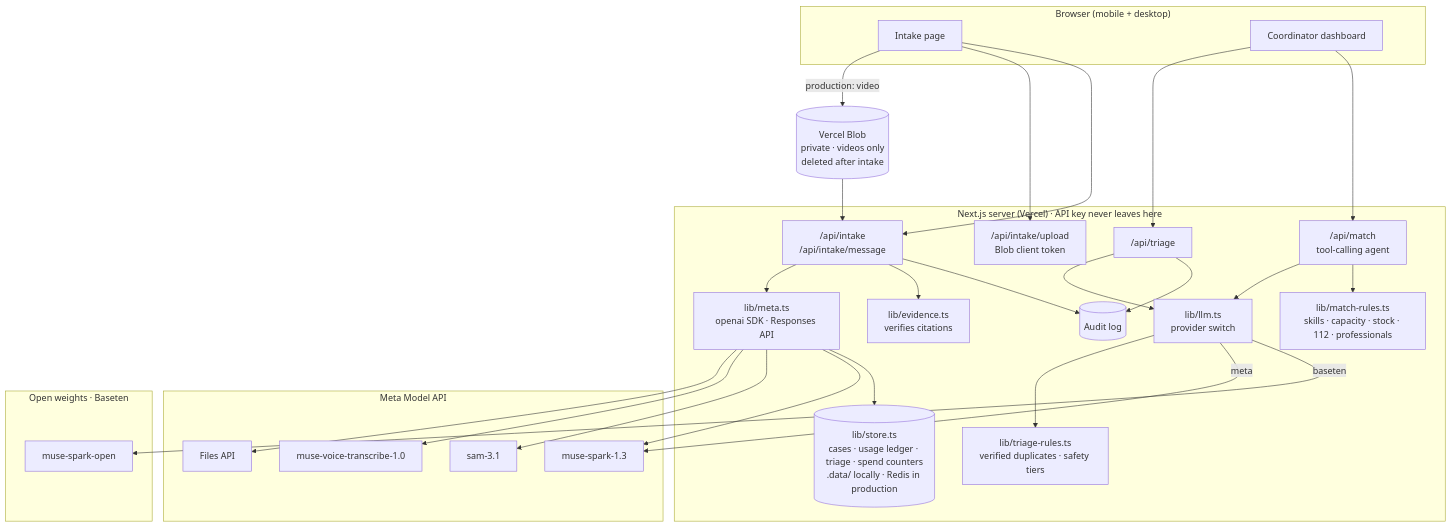
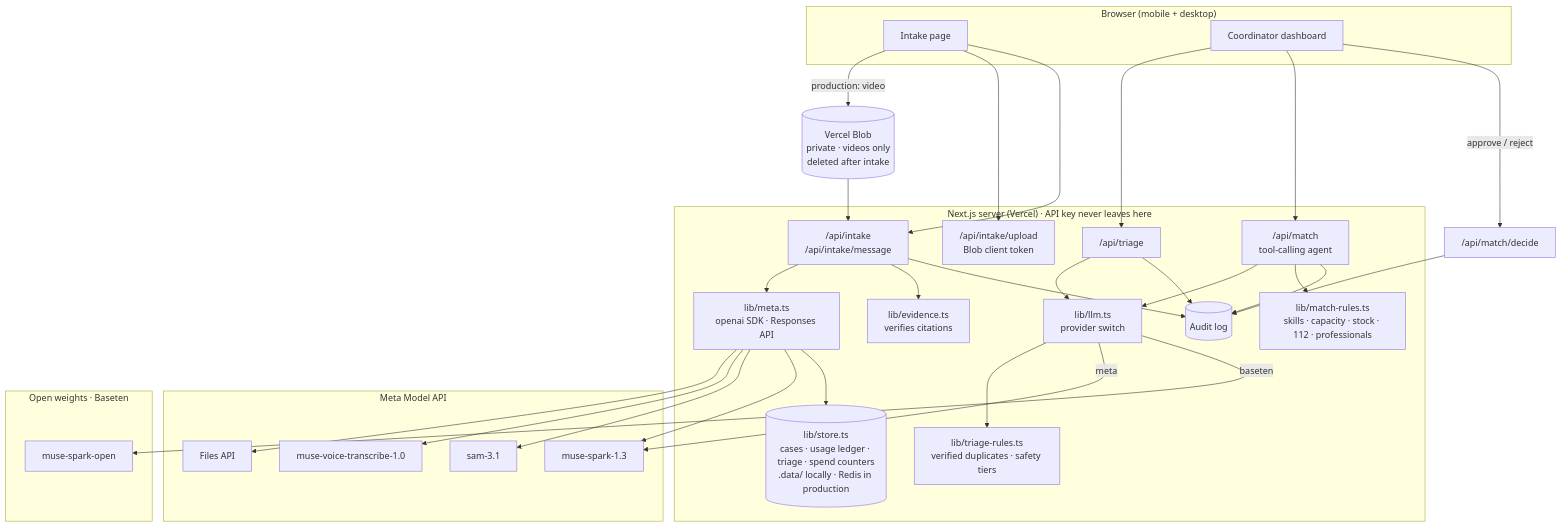
One commit to SapSaeta/relief-net changed the seventh of 8 diagrams in README.md. Above: the diagram before and after it, drawn with Mermaid. The commit also changed other lines of this file and 15 other files, not shown here.

````diff
--- a/README.md
+++ b/README.md
@@ -229,45 +245,46 @@
 ```mermaid
 flowchart TB
     subgraph Client["Browser (mobile + desktop)"]
         UI1[Intake page]
         UI2[Coordinator dashboard]
     end
     subgraph Server["Next.js server (Vercel) · API key never leaves here"]
         R1["/api/intake<br/>/api/intake/message"]
         R0["/api/intake/upload<br/>Blob client token"]
         R2["/api/triage"]
         R3["/api/match<br/>tool-calling agent"]
         MRULES["lib/match-rules.ts<br/>skills · capacity · stock · 112 · professionals"]
         LIB["lib/meta.ts<br/>openai SDK · Responses API"]
         LLM["lib/llm.ts<br/>provider switch"]
         RULES["lib/triage-rules.ts<br/>verified duplicates · safety tiers"]
         VER["lib/evidence.ts<br/>verifies citations"]
         LED[("lib/store.ts<br/>cases · usage ledger · triage · spend counters<br/>.data/ locally · Redis in production")]
         LOG[(Audit log)]
     end
     subgraph Meta["Meta Model API"]
         M1[Files API]
         M2[muse-voice-transcribe-1.0]
         M3[sam-3.1]
         M4[muse-spark-1.3]
     end
     subgraph Open["Open weights · Baseten"]
         O1[muse-spark-open]
     end
     UI1 -->|production: video| BLOB[("Vercel Blob<br/>private · videos only<br/>deleted after intake")]
     UI1 --> R0
     BLOB --> R1
     UI1 --> R1
     UI2 --> R2
     UI2 --> R3
     R3 --> LLM
     R3 --> MRULES
     R1 --> LIB
     R2 --> LLM --> RULES
     LIB --> M1 & M2 & M3 & M4
     LLM -->|meta| M4
     LLM -->|baseten| O1
     R1 --> VER
     LIB --> LED
-    R1 & R2 --> LOG
+    R1 & R2 & R3 --> LOG
+    UI2 -->|approve / reject| R4["/api/match/decide"] --> LOG
 ```
````
